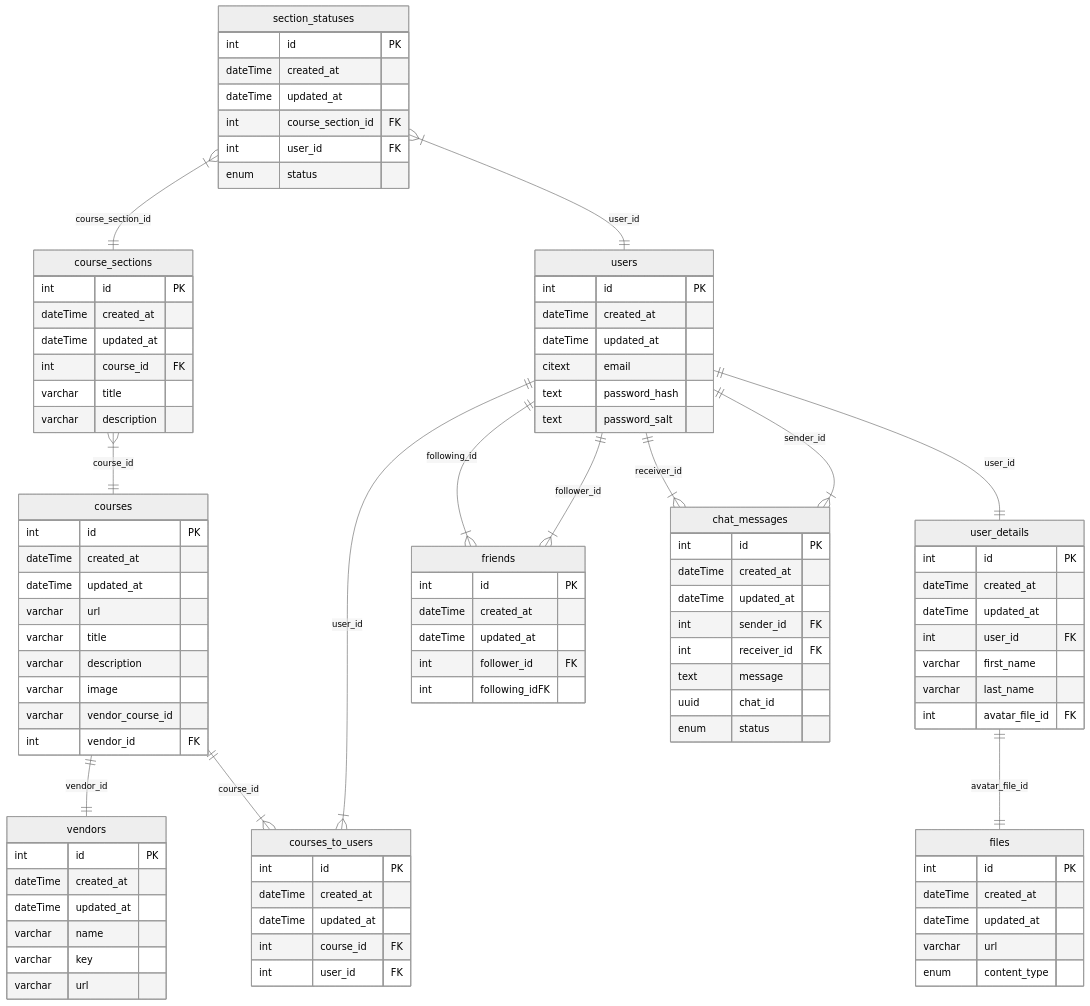
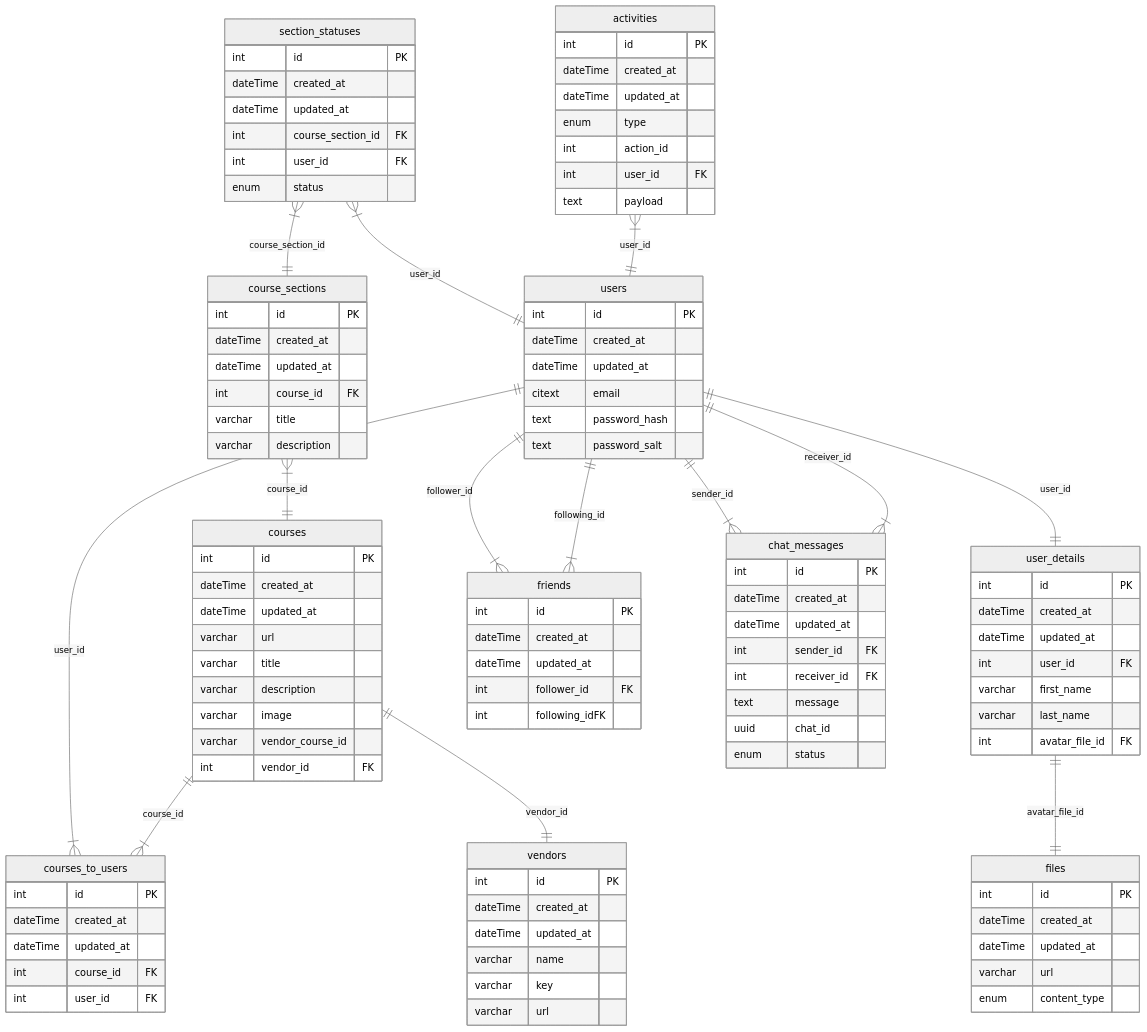
The diagram in readme.md (BinaryStudioAcademy/bsa-winter-2023-2024-trackmates), drawn with Mermaid (neutral theme) before and after one commit.

Commit message:
feat(backend): readme.md tm-158

````diff
--- a/readme.md
+++ b/readme.md
@@ -118,6 +118,16 @@
     enum status
    }
 
+   activities {
+    int id PK
+    dateTime created_at
+    dateTime updated_at
+    enum type
+    int action_id
+    int user_id FK
+    text payload
+   }
+
    users ||--|| user_details : user_id
    user_details ||--|| files : avatar_file_id
 
@@ -135,5 +145,6 @@
    course_sections }|--|| courses : course_id
    section_statuses }|--|| course_sections : course_section_id
    section_statuses }|--|| users : user_id
+   activities }|--|| users : user_id
 
 ```
````
